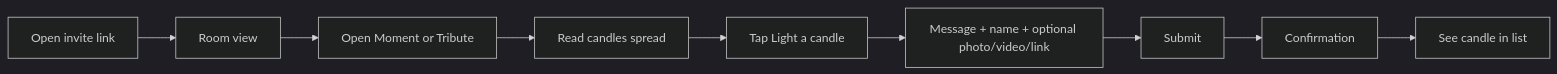
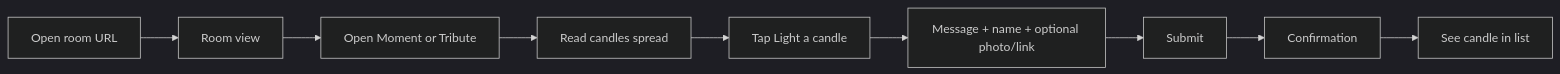
One commit to finkelll/afterlight changed the second of 3 diagrams in _bmad-output/planning-artifacts/ux-design-specification.md. Above: the diagram before and after it, drawn with Mermaid (dark theme). The commit also changed other lines of this file and 1 other file, not shown here.

Commit message:
Opus refinement and User flow file names fix

````diff
--- a/_bmad-output/planning-artifacts/ux-design-specification.md
+++ b/_bmad-output/planning-artifacts/ux-design-specification.md
@@ -345,11 +353,11 @@
 ```mermaid
 flowchart LR
-  A[Open invite link] --> B[Room view]
+  A[Open room URL] --> B[Room view]
   B --> C[Open Moment or Tribute]
   C --> D[Read candles spread]
   D --> E[Tap Light a candle]
-  E --> F[Message + name + optional photo/video/link]
+  E --> F[Message + name + optional photo/link]
   F --> G[Submit]
   G --> H[Confirmation]
   H --> I[See candle in list]
 ```
````
